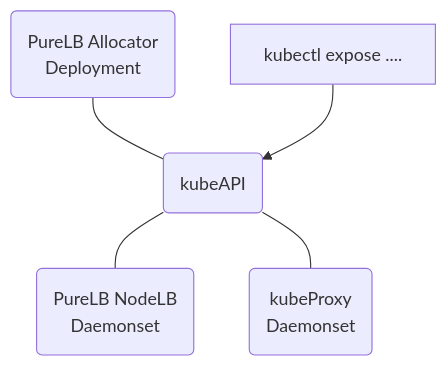
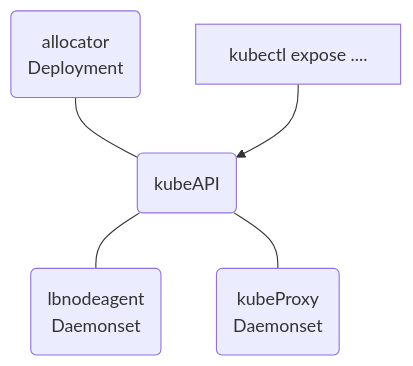
One commit to purelb/purelb changed the diagram in content/how_it_works/overview/_index.md. Above: the diagram before and after it, drawn with Mermaid. The commit also changed other lines of this file and 10 other files, not shown here.

```diff
--- a/content/how_it_works/overview/_index.md
+++ b/content/how_it_works/overview/_index.md
@@ -27,13 +27,13 @@
 {{<mermaid align="center">}}
 
   graph TD;
-    A(PureLB Allocator<br/>Deployment);
+    A(allocator<br/>Deployment);
     B(kubeAPI);
-    C(PureLB NodeLB<br/>Daemonset);
+    C(lbnodeagent<br/>Daemonset);
     D(kubeProxy<br/> Daemonset);
     E[kubectl expose ....];  
     A---B;
     B---C;
     E-->B;
     B---D;
 {{</mermaid>}}
```
